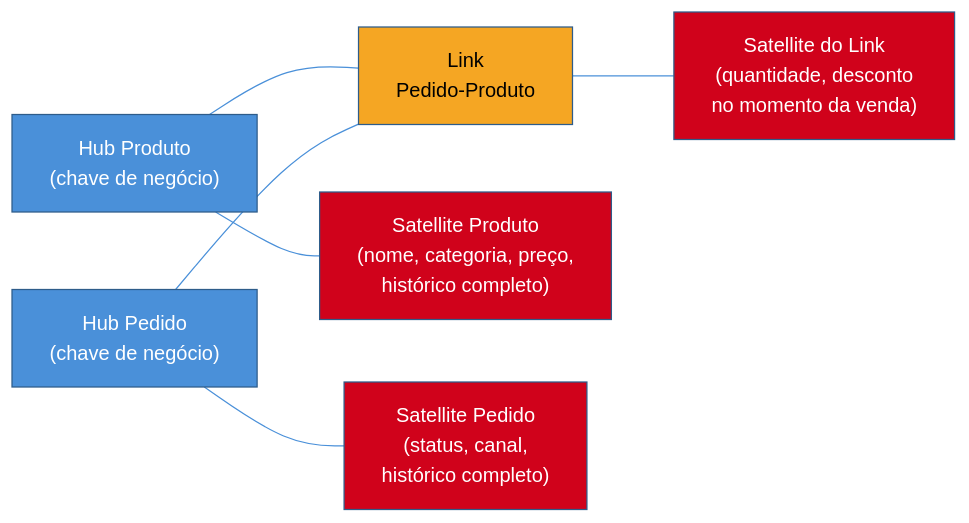
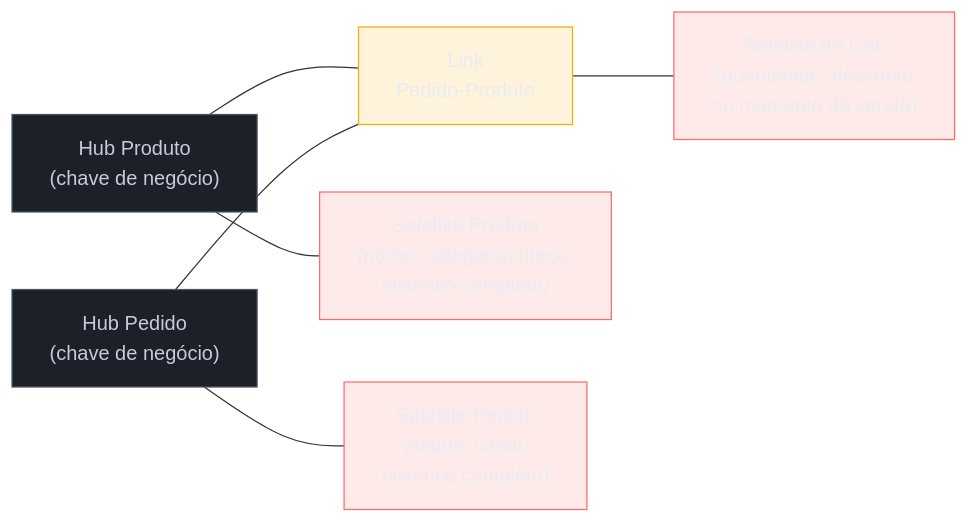
The first of 2 diagrams in 03-Dominios/Engenharia/Dados/2 - Modelagem para analytics/05 - Além de Kimball.md (josenaldo/codex-technomanticus), drawn with Mermaid before and after one commit. The commit also changed other lines of this file and 1181 other files, not shown here.

First line of the commit message:
fix(diagramas): paleta do sistema no lugar de cor cravada no markdown

````diff
--- a/03-Dominios/Engenharia/Dados/2 - Modelagem para analytics/05 - Além de Kimball.md
+++ b/03-Dominios/Engenharia/Dados/2 - Modelagem para analytics/05 - Além de Kimball.md
@@ -77,16 +77,18 @@
 ```mermaid
-%%{init: {"theme": "base", "themeVariables": {"primaryColor": "#4A90D9", "primaryBorderColor": "#2E5C8A", "lineColor": "#4A90D9"}}}%%
 graph LR
+    classDef neutro fill:#1B2029,stroke:#4E5666,color:#C6CCD8
+    classDef destaque fill:#FFAA0024,stroke:#FFAA00,color:#E9ECF2
+    classDef falha fill:#FF6B6B24,stroke:#FF6B6B,color:#E9ECF2
     HP["Hub Produto<br/>(chave de negócio)"] --- LK["Link<br/>Pedido-Produto"]
     HD["Hub Pedido<br/>(chave de negócio)"] --- LK
     HP --- SP["Satellite Produto<br/>(nome, categoria, preço,<br/>histórico completo)"]
     HD --- SD["Satellite Pedido<br/>(status, canal,<br/>histórico completo)"]
     LK --- SL["Satellite do Link<br/>(quantidade, desconto<br/>no momento da venda)"]
 
-    style HP fill:#4A90D9,color:#fff
-    style HD fill:#4A90D9,color:#fff
-    style LK fill:#F5A623,color:#000
-    style SP fill:#D0021B,color:#fff
-    style SD fill:#D0021B,color:#fff
-    style SL fill:#D0021B,color:#fff
+    class HP neutro
+    class HD neutro
+    class LK destaque
+    class SP falha
+    class SD falha
+    class SL falha
 ```
````
